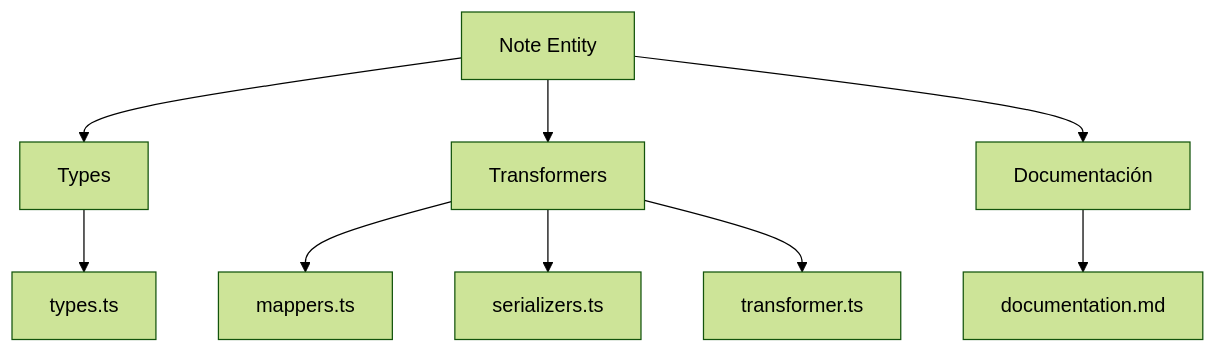
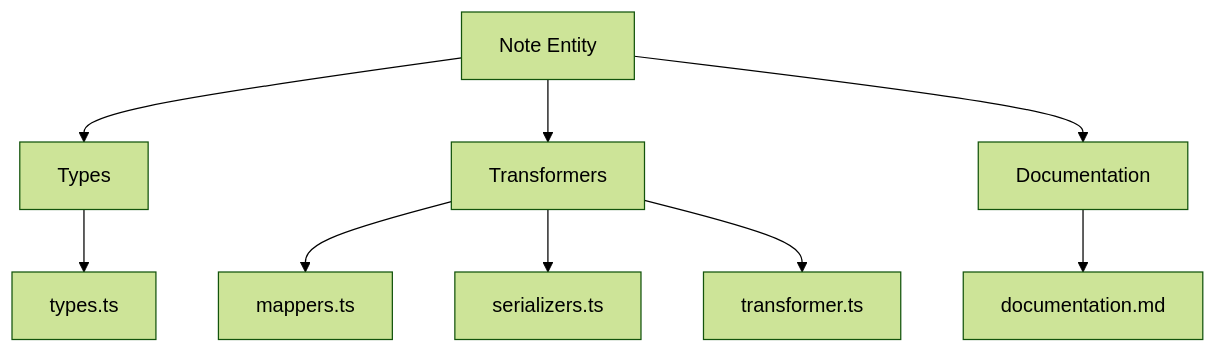
The first of 2 diagrams in src/types/entities/note/README.md (gvastethecreator/media-manager), drawn with Mermaid (forest theme) before and after one commit. The commit also changed other lines of this file and 104 other files, not shown here.

Commit message:
docs: initialize comprehensive architectural documentation and component-level README files across the repository.

````diff
--- a/src/types/entities/note/README.md
+++ b/src/types/entities/note/README.md
@@ -9,11 +9,11 @@
 ```mermaid
 graph TD
     A[Note Entity] --> B[Types]
     A --> C[Transformers]
-    A --> D[Documentación]
+    A --> D[Documentation]
     B --> B1[types.ts]
     C --> C1[mappers.ts]
     C --> C2[serializers.ts]
     C --> C3[transformer.ts]
     D --> D1[documentation.md]
 ```
````
